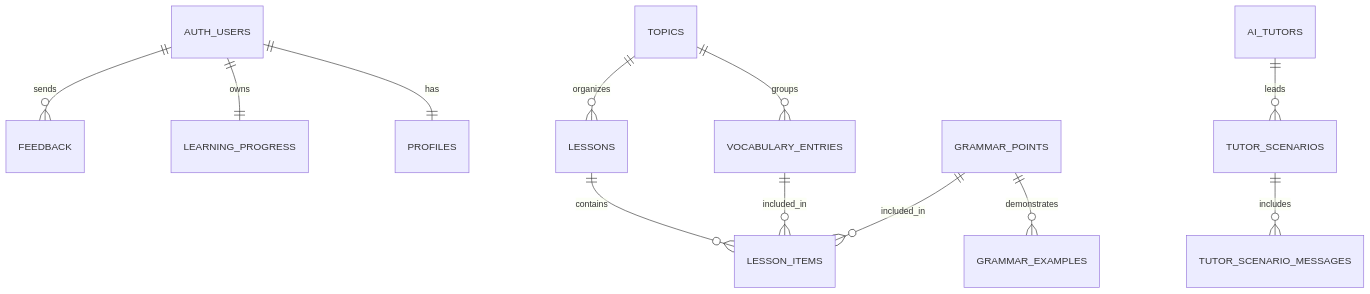
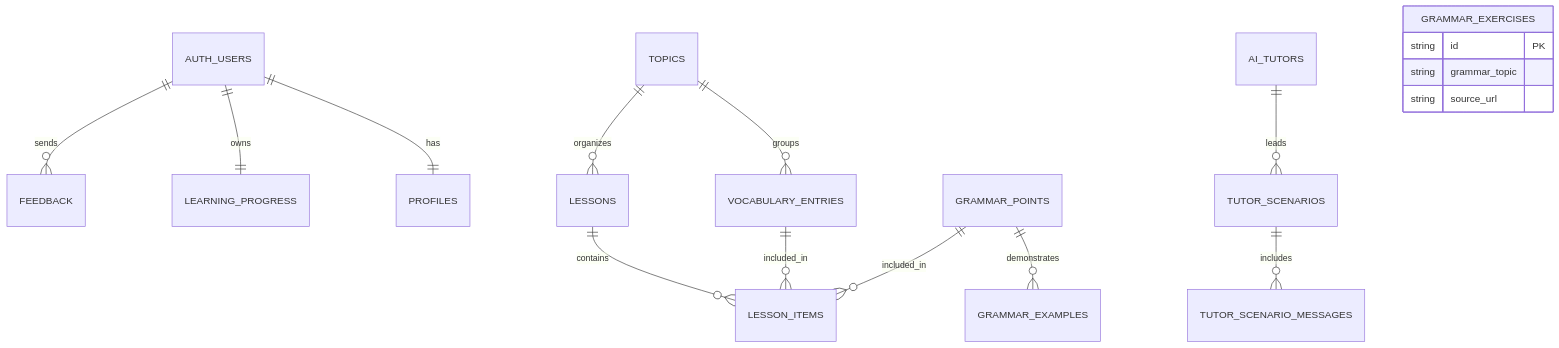
Before and after one commit to Hai2310/HustLingo: the diagram in supabase/README.md, drawn with Mermaid. The commit also changed other lines of this file and 16 other files, not shown here.

````diff
--- a/supabase/README.md
+++ b/supabase/README.md
@@ -55,14 +56,19 @@
 ```mermaid
 erDiagram
   AUTH_USERS ||--|| PROFILES : has
   AUTH_USERS ||--|| LEARNING_PROGRESS : owns
   AUTH_USERS ||--o{ FEEDBACK : sends
   TOPICS ||--o{ VOCABULARY_ENTRIES : groups
   TOPICS ||--o{ LESSONS : organizes
   GRAMMAR_POINTS ||--o{ GRAMMAR_EXAMPLES : demonstrates
   LESSONS ||--o{ LESSON_ITEMS : contains
   VOCABULARY_ENTRIES ||--o{ LESSON_ITEMS : included_in
   GRAMMAR_POINTS ||--o{ LESSON_ITEMS : included_in
   AI_TUTORS ||--o{ TUTOR_SCENARIOS : leads
   TUTOR_SCENARIOS ||--o{ TUTOR_SCENARIO_MESSAGES : includes
+  GRAMMAR_EXERCISES {
+    string id PK
+    string grammar_topic
+    string source_url
+  }
 ```
````
